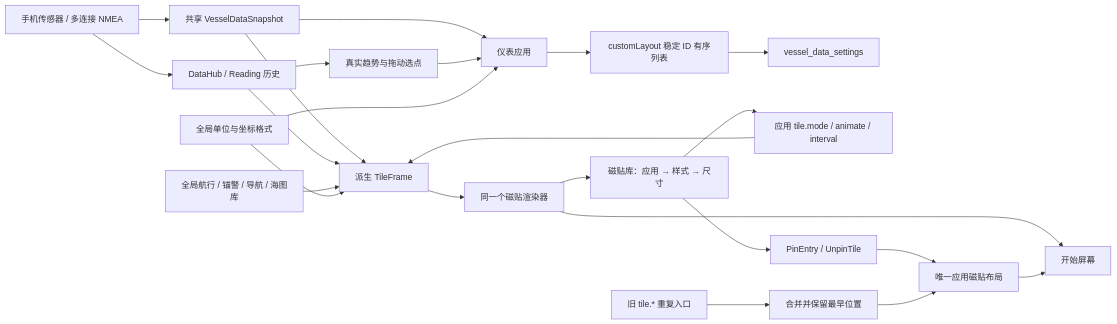
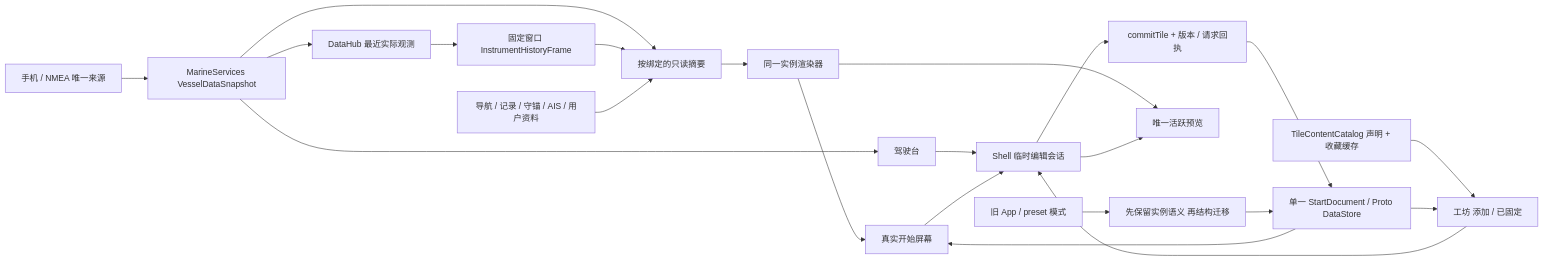
The diagram in docs/product/INSTRUMENT_TILE_CONTRACT.md (ohkuku/yokuli_marine_shell), drawn with Mermaid before and after one commit. The commit also changed other lines of this file and 44 other files, not shown here.

Commit message:
Rebuild Tile Studio around independent content and durable editing

````diff
--- a/docs/product/INSTRUMENT_TILE_CONTRACT.md
+++ b/docs/product/INSTRUMENT_TILE_CONTRACT.md
@@ -101,25 +123,24 @@
 ```mermaid
 flowchart LR
-    Sources[手机传感器 / 多连接 NMEA] --> Fusion[共享 VesselDataSnapshot]
-    Sources --> Hub[DataHub / Reading 历史]
-    Fusion --> Instruments[仪表应用]
-    Fusion --> TileFrames[派生 TileFrame]
-    Hub --> Trends[真实趋势与拖动选点]
-    Trends --> Instruments
-    Hub --> TileFrames
-    Shared[全局航行 / 锚警 / 导航 / 海图库] --> TileFrames
-    Units[全局单位与坐标格式] --> Instruments
-    Units --> TileFrames
-    Instruments --> Custom[customLayout 稳定 ID 有序列表]
-    Custom --> VesselStore[vessel_data_settings]
-    Gallery[磁贴库：应用 → 样式 → 尺寸] --> Preferences[应用 tile.mode / animate / interval]
-    Preferences --> TileFrames
-    TileFrames --> Renderer[同一个磁贴渲染器]
-    Renderer --> Gallery
-    Renderer --> Start[开始屏幕]
-    Gallery --> Pin[PinEntry / UnpinTile]
-    Pin --> Layout[唯一应用磁贴布局]
-    Legacy[旧 tile.* 重复入口] --> Migration[合并并保留最早位置]
-    Migration --> Layout
-    Layout --> Start
+    Sources[手机 / NMEA 唯一来源] --> Fusion[MarineServices VesselDataSnapshot]
+    Fusion --> Hub[DataHub 最近实际观测]
+    Fusion --> Instruments[驾驶台]
+    Fusion --> Projection[按绑定的只读摘要]
+    Hub --> Fixed[固定窗口 InstrumentHistoryFrame]
+    Fixed --> Projection
+    Shared[导航 / 记录 / 守锚 / AIS / 用户资料] --> Projection
+    Catalog[TileContentCatalog 声明 + 收藏缓存] --> Workshop[工坊 添加 / 已固定]
+    Instruments --> Editor[Shell 临时编辑会话]
+    Workshop --> Editor
+    Start[真实开始屏幕] --> Editor
+    Editor --> Commit[commitTile + 版本 / 请求回执]
+    Commit --> Store[单一 StartDocument / Proto DataStore]
+    Store --> Start
+    Store --> Workshop
+    Projection --> Renderer[同一实例渲染器]
+    Renderer --> Start
+    Renderer --> Preview[唯一活跃预览]
+    Editor --> Preview
+    Legacy[旧 App / preset 模式] --> Migration[先保留实例语义 再结构迁移]
+    Migration --> Store
 ```
````
